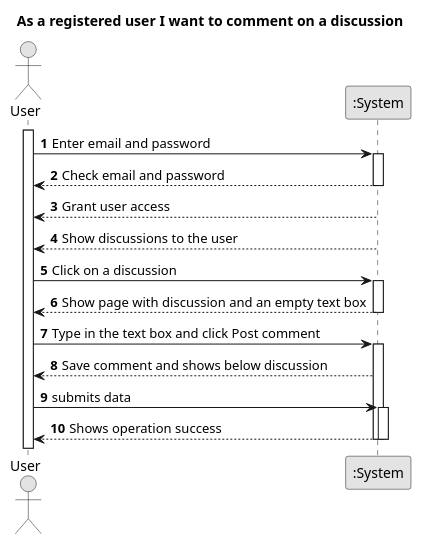
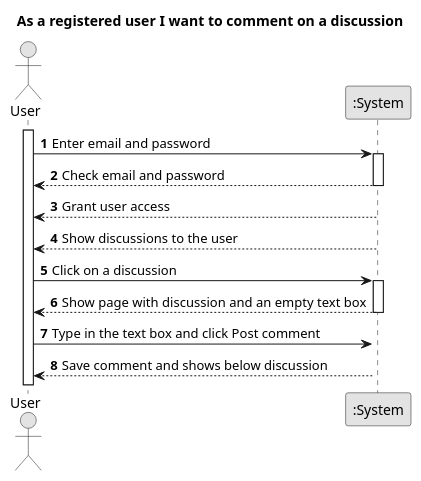
Before and after one commit to TiagoMagalhaes1232507/Testando-projeto: the diagram in docs/sprint01/us005/01.requirements-engineering/puml/us005-system-sequence-diagram-alternative-two.puml, drawn with PlantUML. The commit also changed 5 other files, not shown here.

```diff
--- a/docs/sprint01/us005/01.requirements-engineering/puml/us005-system-sequence-diagram-alternative-two.puml
+++ b/docs/sprint01/us005/01.requirements-engineering/puml/us005-system-sequence-diagram-alternative-two.puml
@@ -1,44 +1,39 @@
 @startuml
 skinparam monochrome true
 skinparam packageStyle rectangle
 skinparam shadowing false
 
 title As a registered user I want to comment on a discussion
 
 autonumber
 
 actor "User" as Employee
 participant ":System" as System
 
 activate Employee
 
     Employee -> System : Enter email and password
     activate System 
 
         System --> Employee : Check email and password
         'System --> Employee : shows task categories list\n and requests data (reference,\ndescription,\ninformation description,\ntechnical description,\nduration, cost)
     deactivate System
 
         System --> Employee : Grant user access
     deactivate System
 
      System --> Employee : Show discussions to the user
     deactivate System
 
     Employee -> System : Click on a discussion
     activate System
 
         System --> Employee : Show page with discussion and an empty text box
     deactivate System
 
     Employee -> System : Type in the text box and click Post comment
     activate System
 
         System --> Employee : Save comment and shows below discussion
 
-    Employee -> System : submits data
-    activate System
-
-        System --> Employee : Shows operation success
-    deactivate System
 @enduml
```
